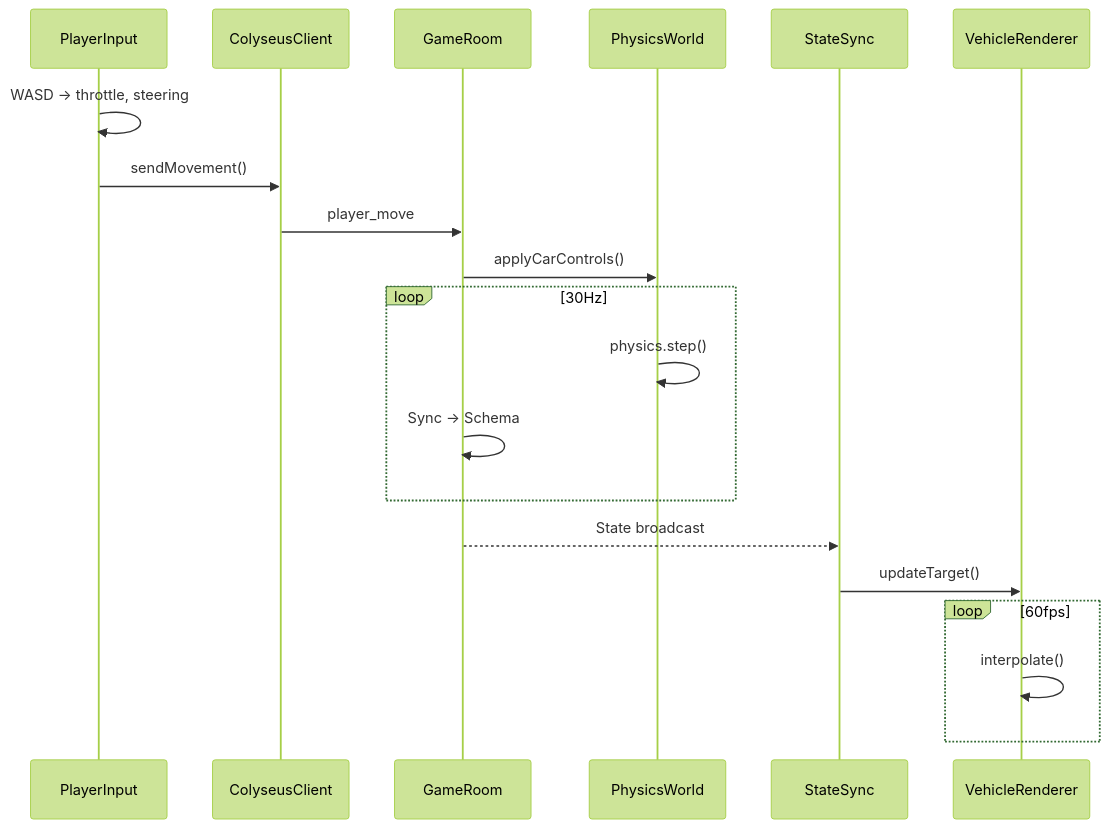
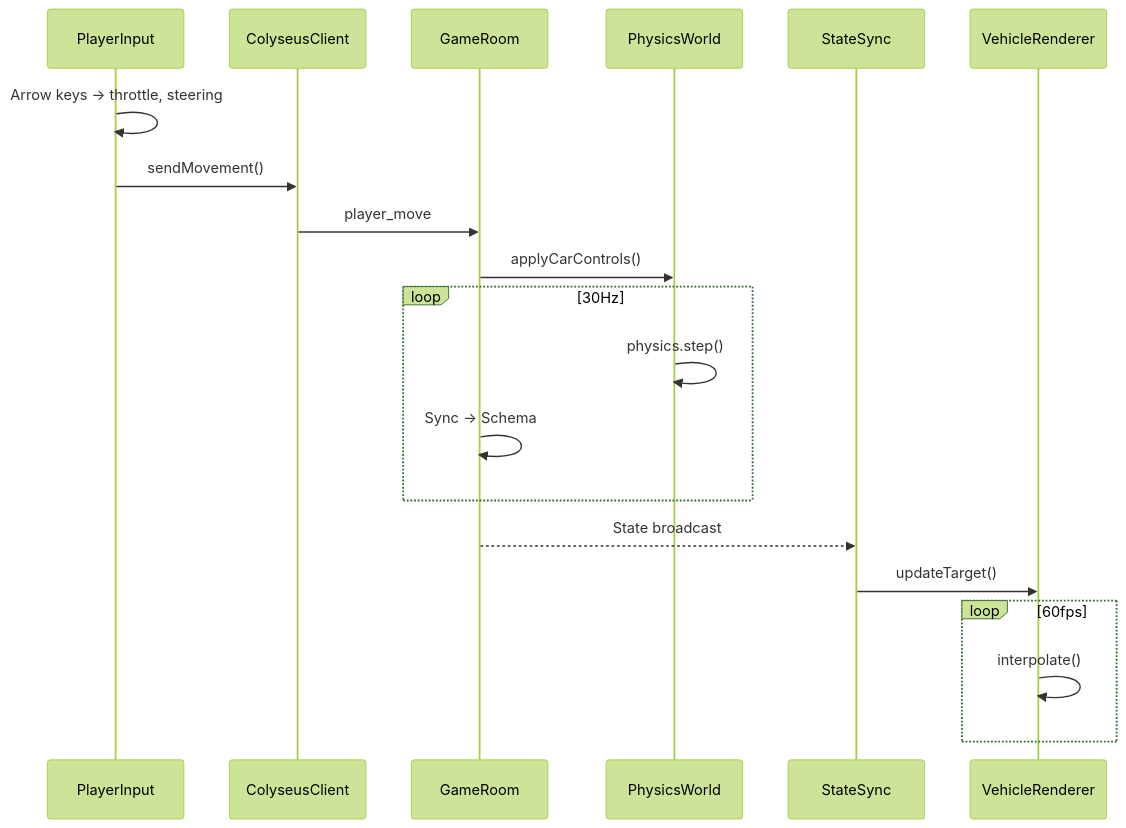
Before and after one commit to nguyenvanduocit/the-car-game: diagram 13 of 16 in docs/GAME_LOGIC.md, drawn with Mermaid (forest theme). The commit also changed other lines of this file and 18 other files, not shown here.

````diff
--- a/docs/GAME_LOGIC.md
+++ b/docs/GAME_LOGIC.md
@@ -377,26 +413,26 @@
 ```mermaid
 sequenceDiagram
     participant PI as PlayerInput
     participant CC as ColyseusClient
     participant GR as GameRoom
     participant PW as PhysicsWorld
     participant SS as StateSync
     participant VR as VehicleRenderer
 
-    PI->>PI: WASD → throttle, steering
+    PI->>PI: Arrow keys → throttle, steering
     PI->>CC: sendMovement()
     CC->>GR: player_move
     GR->>PW: applyCarControls()
 
     loop 30Hz
         PW->>PW: physics.step()
         GR->>GR: Sync → Schema
     end
 
     GR-->>SS: State broadcast
     SS->>VR: updateTarget()
 
     loop 60fps
         VR->>VR: interpolate()
     end
 ```
````
